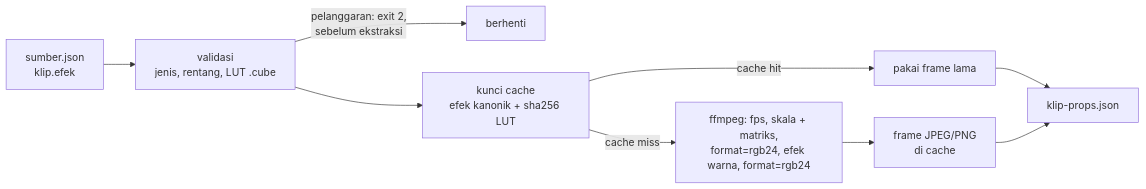
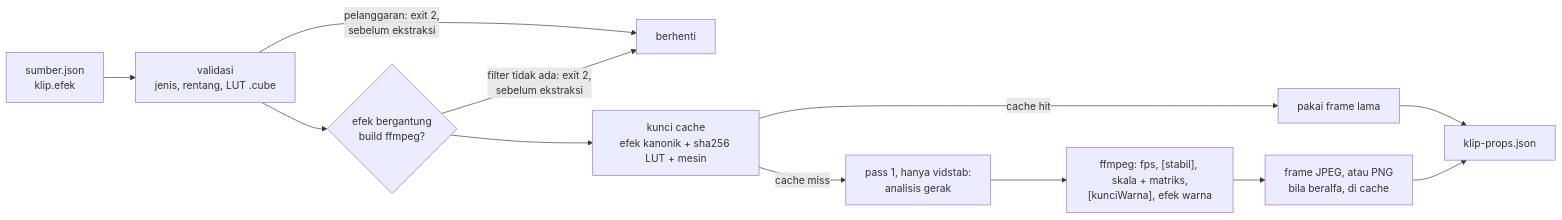
One commit to ahliweb/awvd changed the diagram in docs/olah-klip.md. Above: the diagram before and after it, drawn with Mermaid. The commit also changed other lines of this file and 8 other files, not shown here.

````diff
--- a/docs/olah-klip.md
+++ b/docs/olah-klip.md
@@ -11,11 +11,14 @@
 ```mermaid
 flowchart LR
     M[sumber.json<br/>klip.efek] --> V[validasi<br/>jenis, rentang, LUT .cube]
     V -->|pelanggaran: exit 2,<br/>sebelum ekstraksi| X[berhenti]
-    V --> K[kunci cache<br/>efek kanonik + sha256 LUT]
+    V --> Q{efek bergantung<br/>build ffmpeg?}
+    Q -->|filter tidak ada: exit 2,<br/>sebelum ekstraksi| X
+    Q --> K[kunci cache<br/>efek kanonik + sha256 LUT + mesin]
     K -->|cache hit| H[pakai frame lama]
-    K -->|cache miss| F["ffmpeg: fps, skala + matriks,<br/>format=rgb24, efek warna, format=rgb24"]
-    F --> C[frame JPEG/PNG<br/>di cache]
+    K -->|cache miss| A["pass 1, hanya vidstab:<br/>analisis gerak"]
+    A --> F["ffmpeg: fps, [stabil], skala + matriks,<br/>[kunciWarna], efek warna"]
+    F --> C[frame JPEG, atau PNG<br/>bila beralfa, di cache]
     H --> P[klip-props.json]
     C --> P
 ```
````
